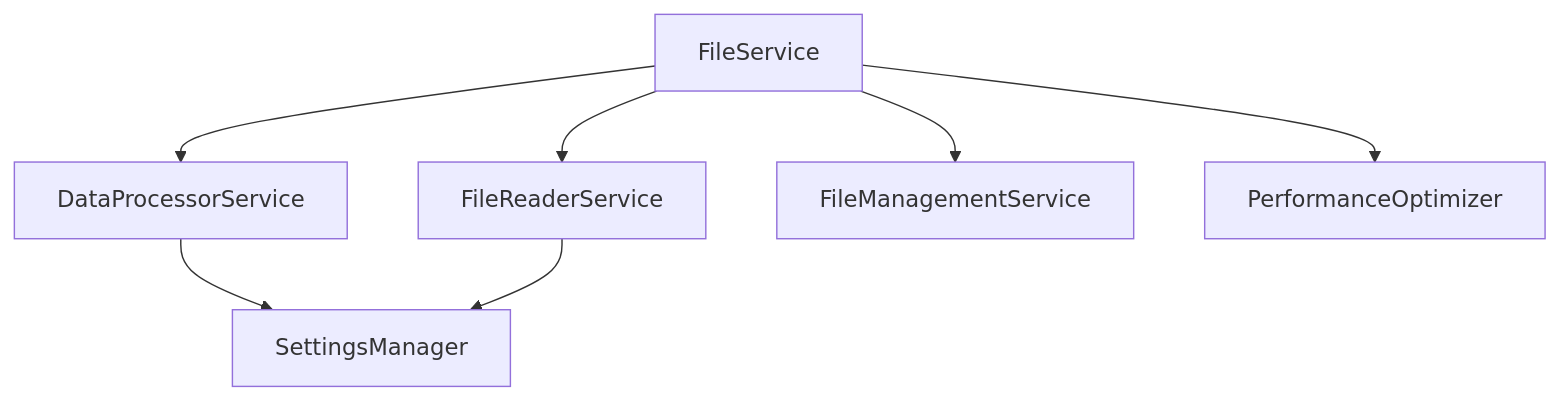
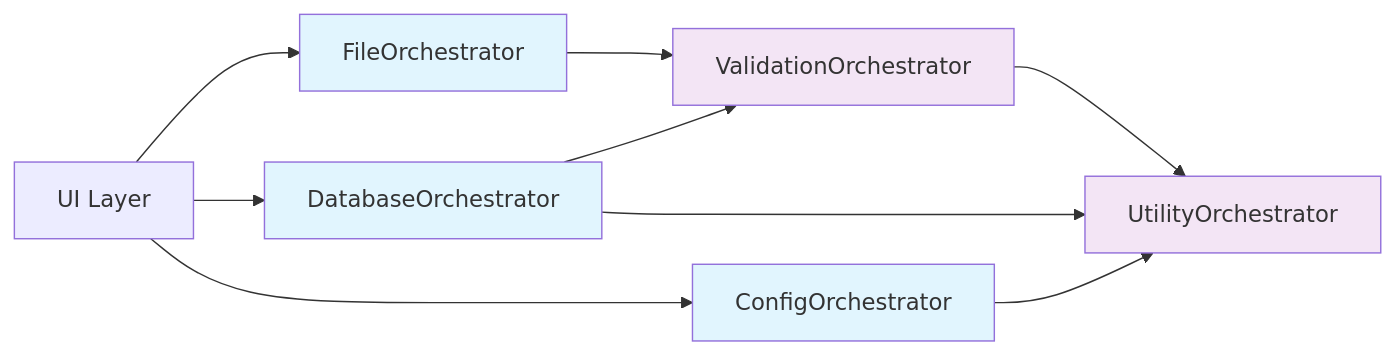
The second of 2 diagrams in ARCHITECTURE.md (sthongma/app-pipeline-sql-server), drawn with Mermaid before and after one commit. The commit also changed other lines of this file and 19 other files, not shown here.

First line of the commit message:
v2.0 Clean Architecture

````diff
--- a/ARCHITECTURE.md
+++ b/ARCHITECTURE.md
@@ -181,10 +268,20 @@
 ```mermaid
-graph TD
-    F[FileService] --> G[FileReaderService]
-    F --> H[DataProcessorService]
-    F --> I[FileManagementService]
-    F --> J[PerformanceOptimizer]
+graph LR
+    UI[UI Layer] --> FO[FileOrchestrator]
+    UI --> DO[DatabaseOrchestrator]
+    UI --> CO[ConfigOrchestrator]
     
-    H --> K[SettingsManager]
-    G --> K
+    FO --> VO[ValidationOrchestrator]
+    DO --> VO
+    DO --> UO[UtilityOrchestrator]
+    
+    CO --> UO
+    VO --> UO
+    
+    %% No backward compatibility paths
+    style FO fill:#e1f5fe
+    style DO fill:#e1f5fe
+    style CO fill:#e1f5fe
+    style VO fill:#f3e5f5
+    style UO fill:#f3e5f5
 ```
````
